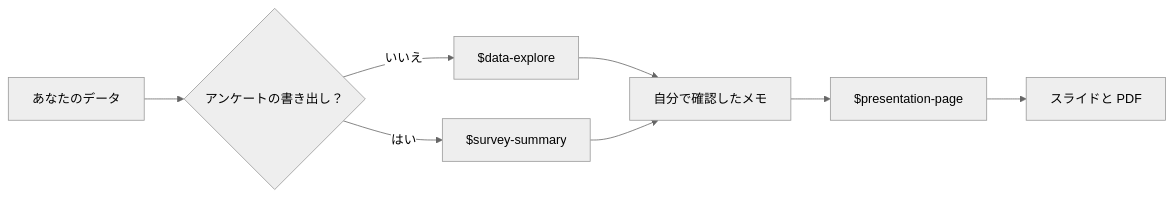
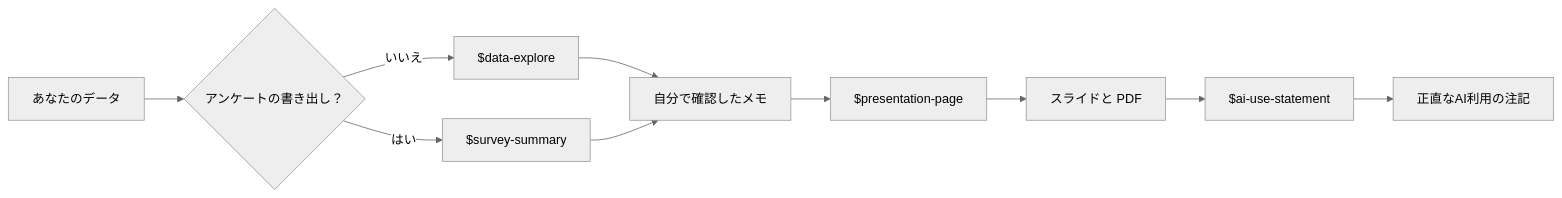
Before and after one commit to Pann13223029/codex-seminar: the diagram in skills/README.ja.md, drawn with Mermaid (neutral theme). The commit also changed other lines of this file and 31 other files, not shown here.

````diff
--- a/skills/README.ja.md
+++ b/skills/README.ja.md
@@ -18,10 +19,12 @@
 ```mermaid
 flowchart LR
     A["あなたのデータ"] --> B{"アンケートの書き出し？"}
     B -- "いいえ" --> C["$data-explore"]
     B -- "はい" --> D["$survey-summary"]
     C --> E["自分で確認したメモ"]
     D --> E
     E --> F["$presentation-page"]
     F --> G["スライドと PDF"]
+    G --> H["$ai-use-statement"]
+    H --> I["正直なAI利用の注記"]
 ```
````
